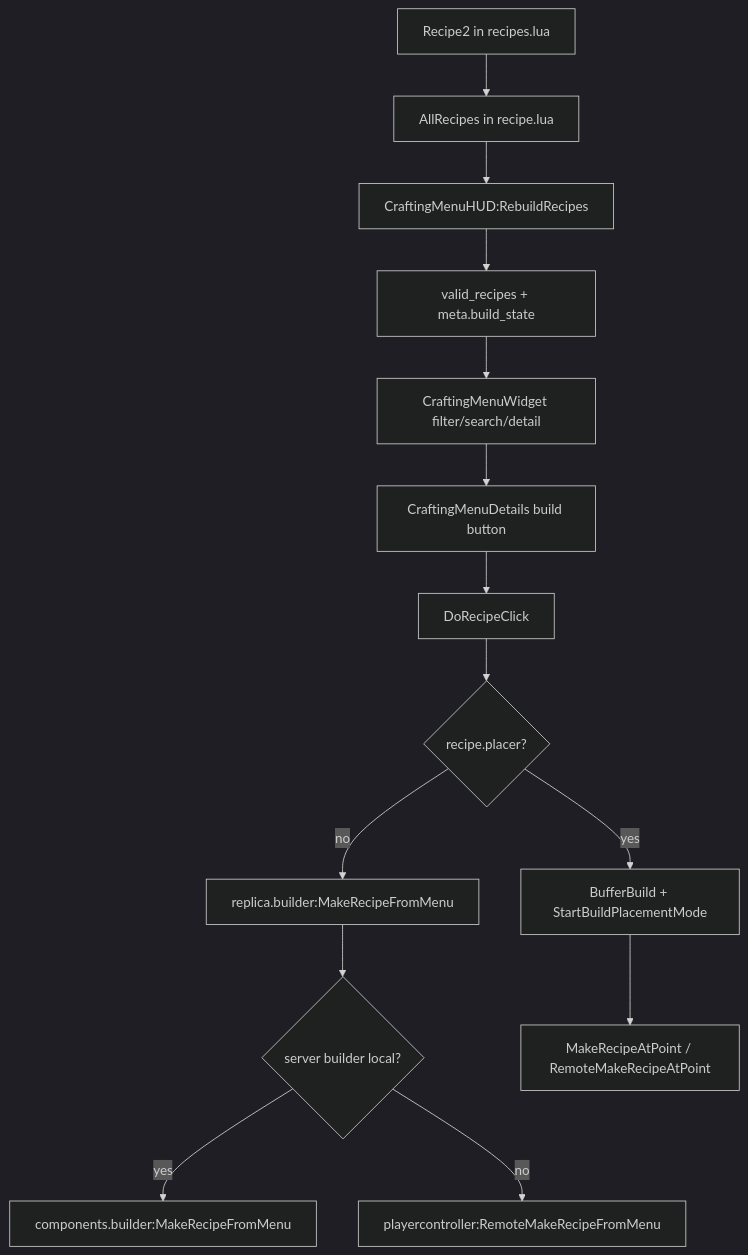
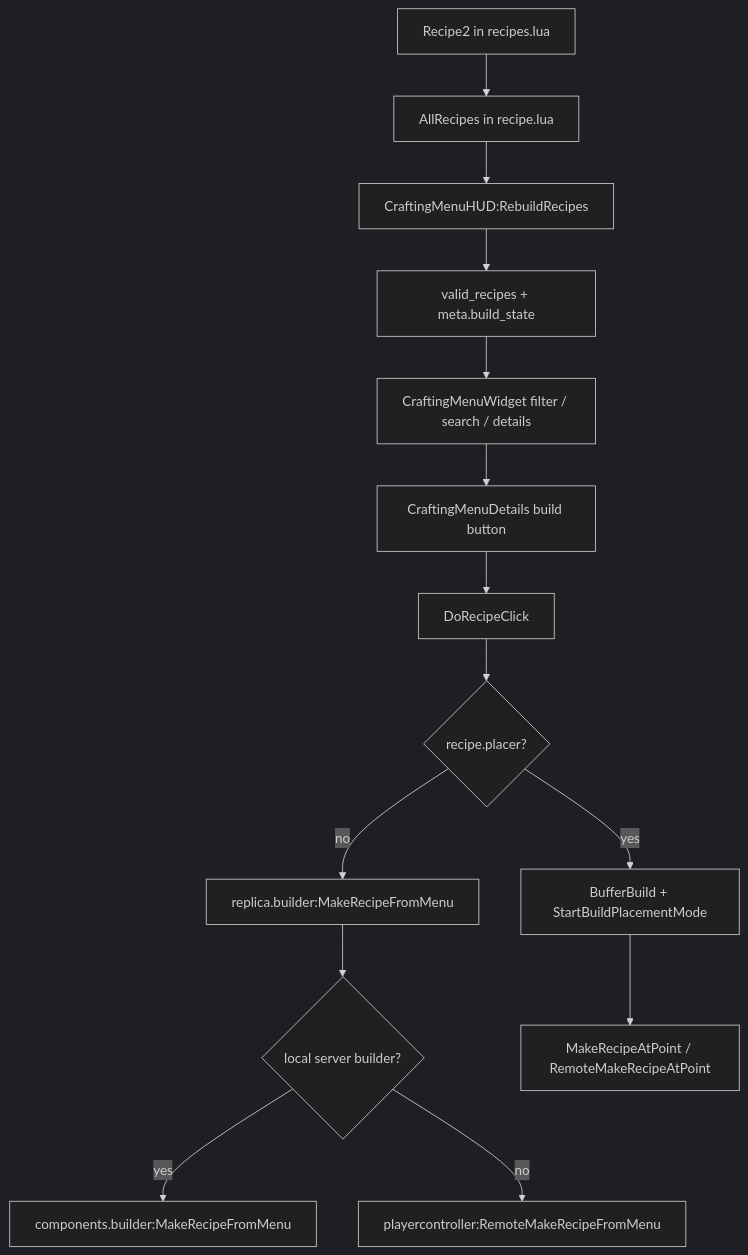
Before and after one commit to LetsStarveTogether/dst-server: the diagram in dst-scripts/index/0x7000-frontend-data-tools/0x7100-frontend-ui/0x7103-crafting-ui.md, drawn with Mermaid (dark theme). The commit also changed other lines of this file and 83 other files, not shown here.

```diff
--- a/dst-scripts/index/0x7000-frontend-data-tools/0x7100-frontend-ui/0x7103-crafting-ui.md
+++ b/dst-scripts/index/0x7000-frontend-data-tools/0x7100-frontend-ui/0x7103-crafting-ui.md
@@ -45,17 +48,17 @@
 ~~~mermaid
 flowchart TD
     A["Recipe2 in recipes.lua"]
     A --> B["AllRecipes in recipe.lua"]
     B --> C["CraftingMenuHUD:RebuildRecipes"]
     C --> D["valid_recipes + meta.build_state"]
-    D --> E["CraftingMenuWidget filter/search/detail"]
+    D --> E["CraftingMenuWidget filter / search / details"]
     E --> F["CraftingMenuDetails build button"]
     F --> G["DoRecipeClick"]
     G --> H{"recipe.placer?"}
     H -->|no| I["replica.builder:MakeRecipeFromMenu"]
     H -->|yes| J["BufferBuild + StartBuildPlacementMode"]
-    I --> K{"server builder local?"}
+    I --> K{"local server builder?"}
     K -->|yes| L["components.builder:MakeRecipeFromMenu"]
     K -->|no| M["playercontroller:RemoteMakeRecipeFromMenu"]
     J --> N["MakeRecipeAtPoint / RemoteMakeRecipeAtPoint"]
 ~~~
```
